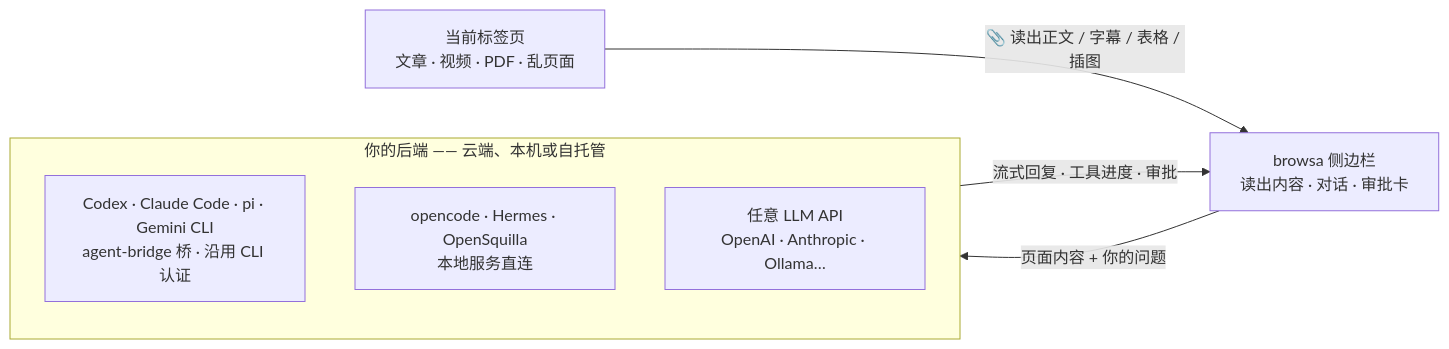
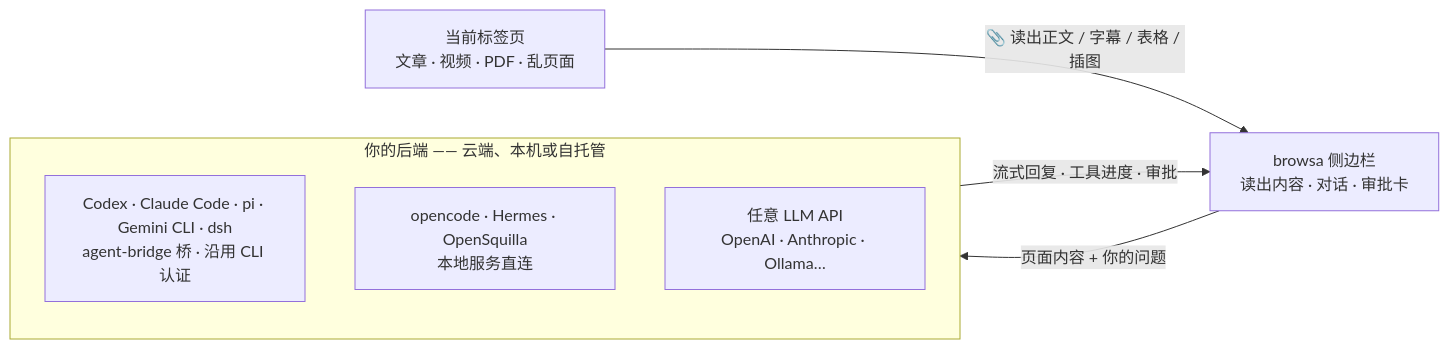
One commit to xiaohuzai/browsa changed the diagram in README.zh-CN.md. Above: the diagram before and after it, drawn with Mermaid. The commit also changed other lines of this file and 20 other files, not shown here.

Commit message:
docs: agent 家族补 dsh——README 双语+五语、官网落地页七语、guide、bridge 芯片 banner 重渲染 (#229)

````diff
--- a/README.zh-CN.md
+++ b/README.zh-CN.md
@@ -61,13 +62,13 @@
 ```mermaid
 flowchart LR
     P["当前标签页<br/>文章 · 视频 · PDF · 乱页面"]
     B["browsa 侧边栏<br/>读出内容 · 对话 · 审批卡"]
     subgraph Y["你的后端 —— 云端、本机或自托管"]
-        A1["Codex · Claude Code · pi · Gemini CLI<br/>agent-bridge 桥 · 沿用 CLI 认证"]
+        A1["Codex · Claude Code · pi · Gemini CLI · dsh<br/>agent-bridge 桥 · 沿用 CLI 认证"]
         A2["opencode · Hermes · OpenSquilla<br/>本地服务直连"]
         A3["任意 LLM API<br/>OpenAI · Anthropic · Ollama…"]
     end
     P -->|"📎 读出正文 / 字幕 / 表格 / 插图"| B
     B -->|"页面内容 + 你的问题"| Y
     Y -->|"流式回复 · 工具进度 · 审批"| B
 ```
````
